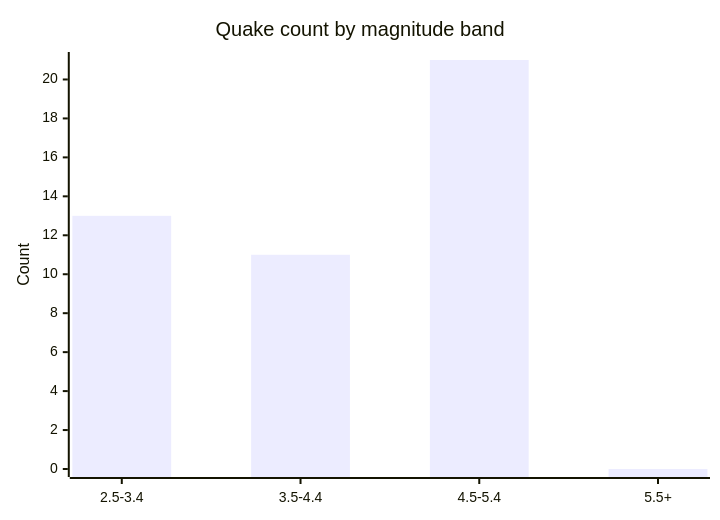
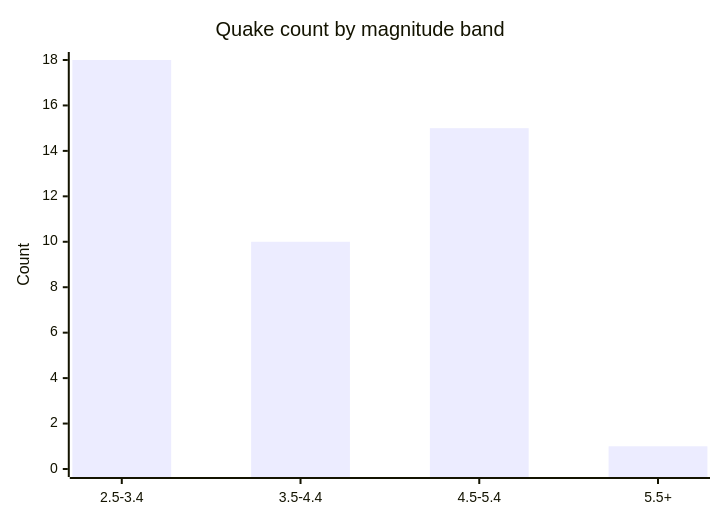
Before and after one commit to Midwest-Stratospheric/aerostratospheric-defense-gir: the fifth of 6 diagrams in docs/GRAPHS.md, drawn with Mermaid. The commit also changed other lines of this file and 25 other files, not shown here.

````diff
--- a/docs/GRAPHS.md
+++ b/docs/GRAPHS.md
@@ -82,7 +82,7 @@
 ```mermaid
 xychart-beta
   title "Quake count by magnitude band"
   x-axis ["2.5-3.4", "3.5-4.4", "4.5-5.4", "5.5+"]
-  y-axis "Count" 0 --> 21
-  bar [13, 11, 21, 0]
+  y-axis "Count" 0 --> 18
+  bar [18, 10, 15, 1]
 ```
````
